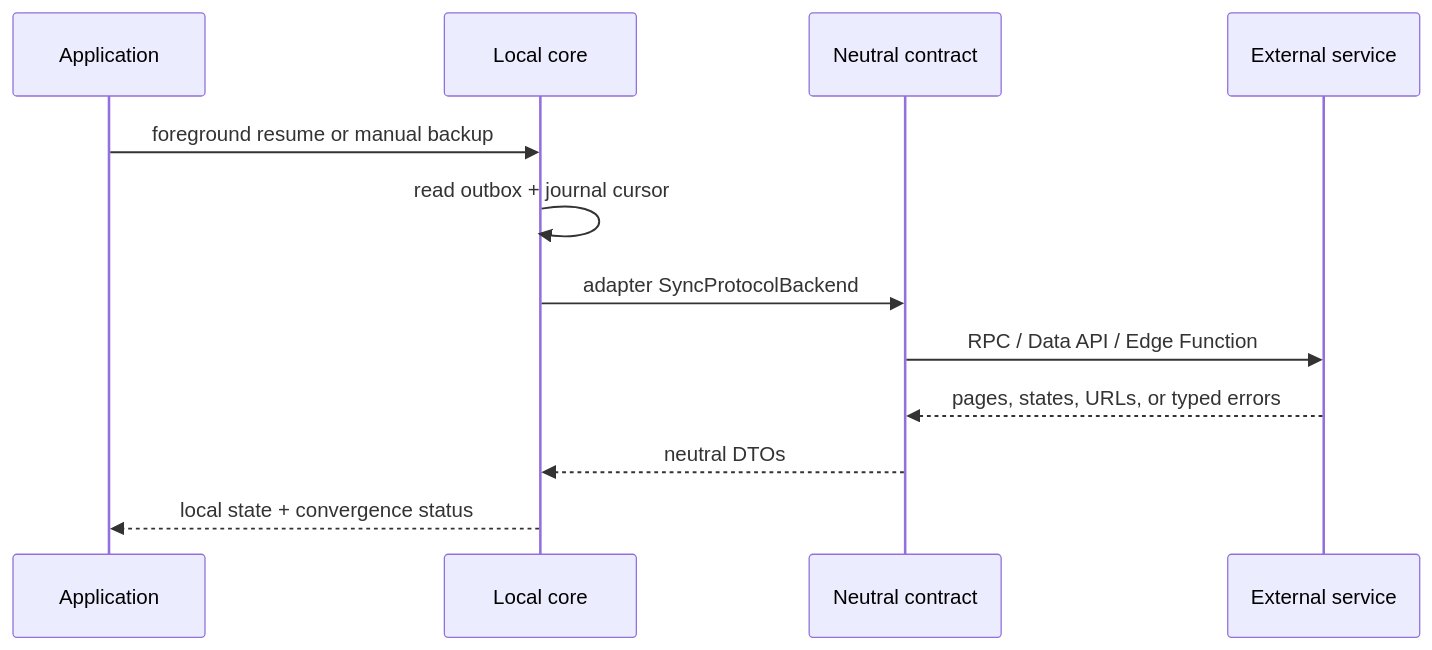
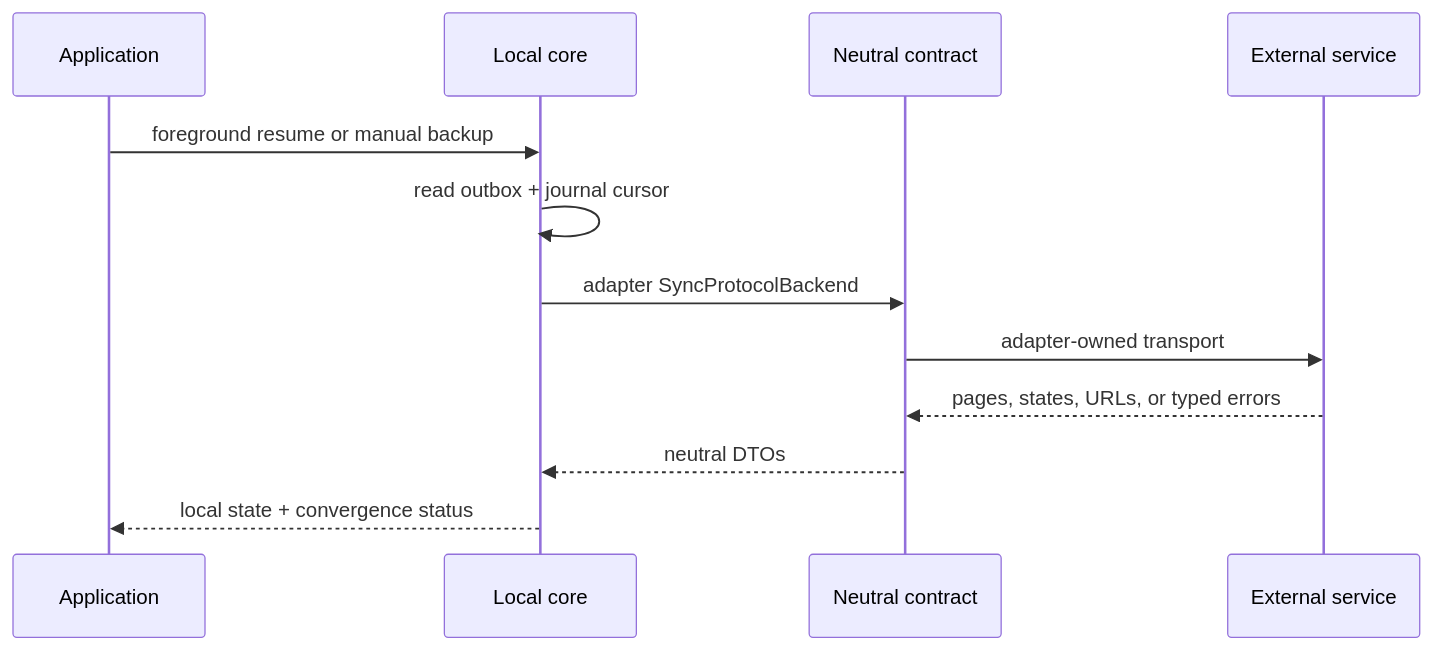
The third of 3 diagrams in docs/architecture/data-flows.md (KooliFab/artkiddo), drawn with Mermaid before and after one commit. The commit also changed 11 other files, not shown here.

First line of the commit message:
docs: remove private-side architecture details from public docs, extend boundary guard

````diff
--- a/docs/architecture/data-flows.md
+++ b/docs/architecture/data-flows.md
@@ -64,15 +64,15 @@
 ```mermaid
 sequenceDiagram
   participant M as Application
   participant L as Local core
   participant B as Neutral contract
   participant S as External service
 
   M->>L: foreground resume or manual backup
   L->>L: read outbox + journal cursor
   L->>B: adapter SyncProtocolBackend
-  B->>S: RPC / Data API / Edge Function
+  B->>S: adapter-owned transport
   S-->>B: pages, states, URLs, or typed errors
   B-->>L: neutral DTOs
   L-->>M: local state + convergence status
 ```
````
